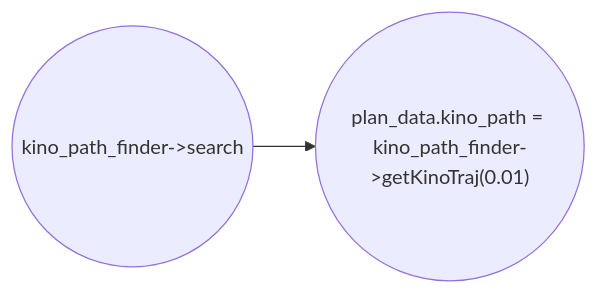
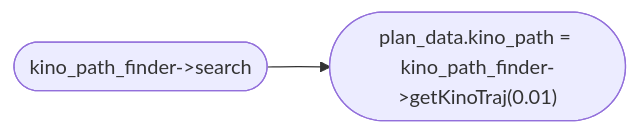
Before and after one commit to Dieptranivsr/drone_extend: the second of 3 diagrams in sp_code/create_table.md, drawn with Mermaid.

````diff
--- a/sp_code/create_table.md
+++ b/sp_code/create_table.md
@@ -33,5 +33,5 @@
 ```mermaid
 flowchart LR
-    id1(("kino_path_finder->search")) --> id2(("plan_data.kino_path = kino_path_finder->getKinoTraj(0.01)"))
+    id1(["kino_path_finder->search"]) --> id2(["plan_data.kino_path = kino_path_finder->getKinoTraj(0.01)"])
     
 ```    
````
